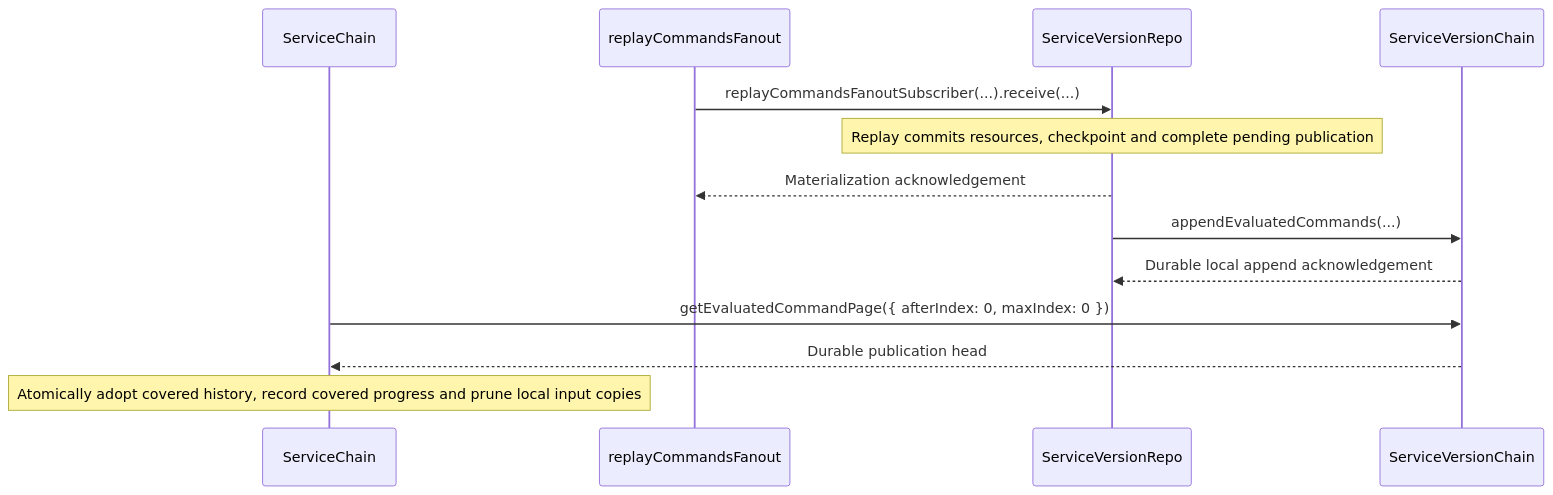
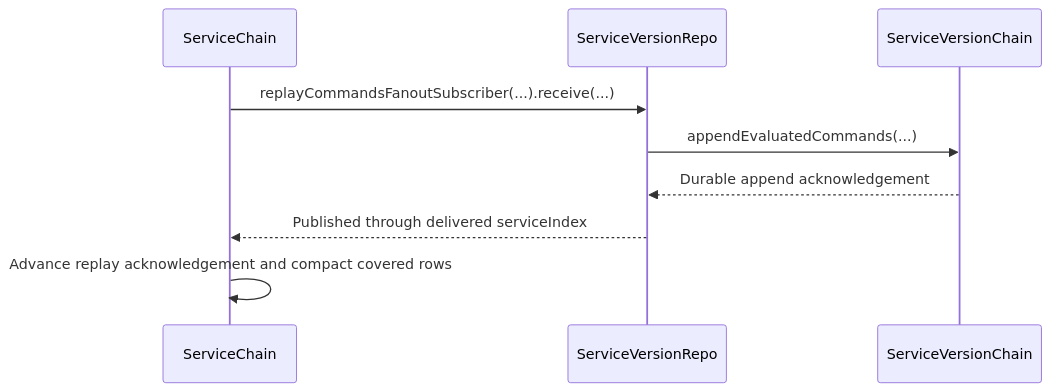
The second of 2 diagrams in wiki/architecture/server/CanonicalHistoryHandoff.md (morgs32/zerospin), drawn with Mermaid before and after one commit. The commit also changed other lines of this file and 85 other files, not shown here.

Commit message:
Use Service release predecessors and publication-backed history compaction

````diff
--- a/wiki/architecture/server/CanonicalHistoryHandoff.md
+++ b/wiki/architecture/server/CanonicalHistoryHandoff.md
@@ -149,15 +158,11 @@
 ```mermaid
 sequenceDiagram
   participant ServiceChain
-  participant replayCommandsFanout
   participant ServiceVersionRepo
   participant ServiceVersionChain
-  replayCommandsFanout->>ServiceVersionRepo: replayCommandsFanoutSubscriber(...).receive(...)
-  Note over ServiceVersionRepo: Replay commits resources, checkpoint and complete pending publication
-  ServiceVersionRepo-->>replayCommandsFanout: Materialization acknowledgement
+  ServiceChain->>ServiceVersionRepo: replayCommandsFanoutSubscriber(...).receive(...)
   ServiceVersionRepo->>ServiceVersionChain: appendEvaluatedCommands(...)
-  ServiceVersionChain-->>ServiceVersionRepo: Durable local append acknowledgement
-  ServiceChain->>ServiceVersionChain: getEvaluatedCommandPage({ afterIndex: 0, maxIndex: 0 })
-  ServiceVersionChain-->>ServiceChain: Durable publication head
-  Note over ServiceChain: Atomically adopt covered history, record covered progress and prune local input copies
+  ServiceVersionChain-->>ServiceVersionRepo: Durable append acknowledgement
+  ServiceVersionRepo-->>ServiceChain: Published through delivered serviceIndex
+  ServiceChain->>ServiceChain: Advance replay acknowledgement and compact covered rows
 ```
````
